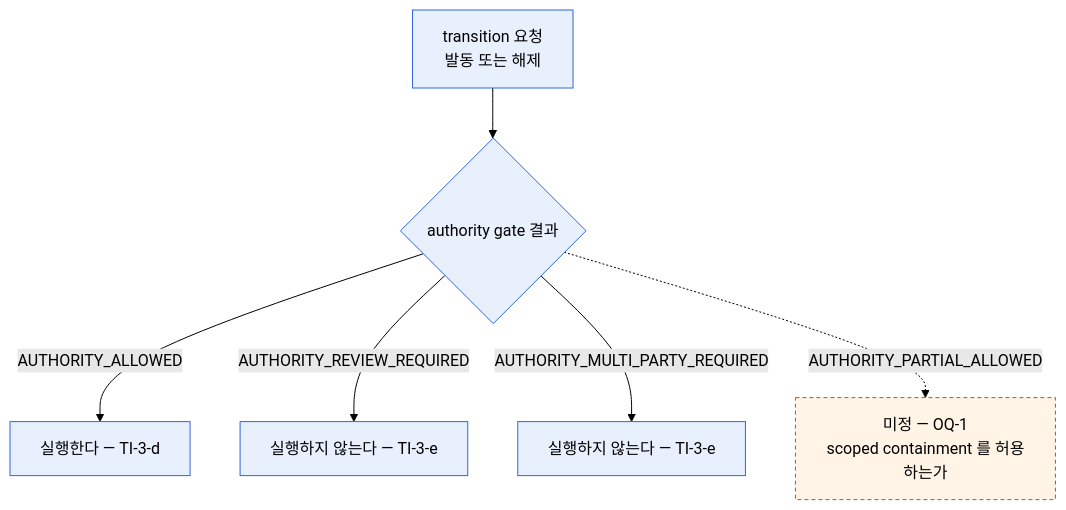
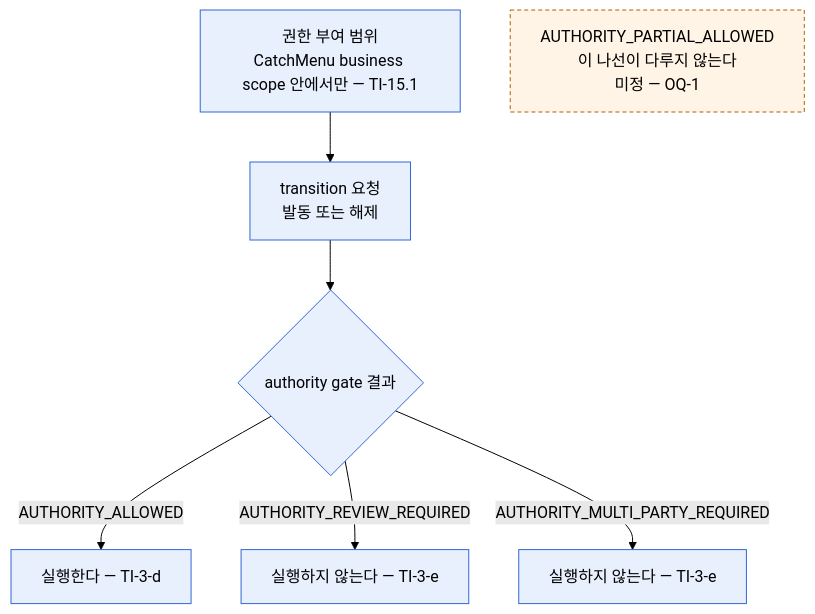
The fifth of 8 diagrams in docs/600000_implementation_lifecycle/601900_tenant_isolation_axis_v2/601905_Diagram_Tenant_Isolation_Axis_Model.md (mirunubi/yoonsul_wait_order_handoff), drawn with Mermaid (forest theme) before and after one commit. The commit also changed other lines of this file, not shown here.

````diff
--- a/docs/600000_implementation_lifecycle/601900_tenant_isolation_axis_v2/601905_Diagram_Tenant_Isolation_Axis_Model.md
+++ b/docs/600000_implementation_lifecycle/601900_tenant_isolation_axis_v2/601905_Diagram_Tenant_Isolation_Axis_Model.md
@@ -199,14 +244,16 @@
 ```mermaid
 flowchart TB
+  SCOPE["권한 부여 범위<br/>CatchMenu business scope 안에서만 — TI-15.1"] --> REQ
   REQ["transition 요청<br/>발동 또는 해제"] --> GATE{"authority gate 결과"}
 
   GATE -->|"AUTHORITY_ALLOWED"| RUN["실행한다 — TI-3-d"]
   GATE -->|"AUTHORITY_REVIEW_REQUIRED"| STOP1["실행하지 않는다 — TI-3-e"]
   GATE -->|"AUTHORITY_MULTI_PARTY_REQUIRED"| STOP2["실행하지 않는다 — TI-3-e"]
-  GATE -. "AUTHORITY_PARTIAL_ALLOWED" .-> OPEN["미정 — OQ-1<br/>scoped containment 를 허용하는가"]
+
+  OPEN["AUTHORITY_PARTIAL_ALLOWED<br/>이 나선이 다루지 않는다<br/>미정 — OQ-1"]
 
   classDef decided fill:#e8f0fe,stroke:#3367d6,stroke-width:1px
   classDef undecided fill:#fff4e5,stroke:#b06000,stroke-width:1px,stroke-dasharray:4 3
-  class REQ,GATE,RUN,STOP1,STOP2 decided
+  class SCOPE,REQ,GATE,RUN,STOP1,STOP2 decided
   class OPEN undecided
 ```
````
